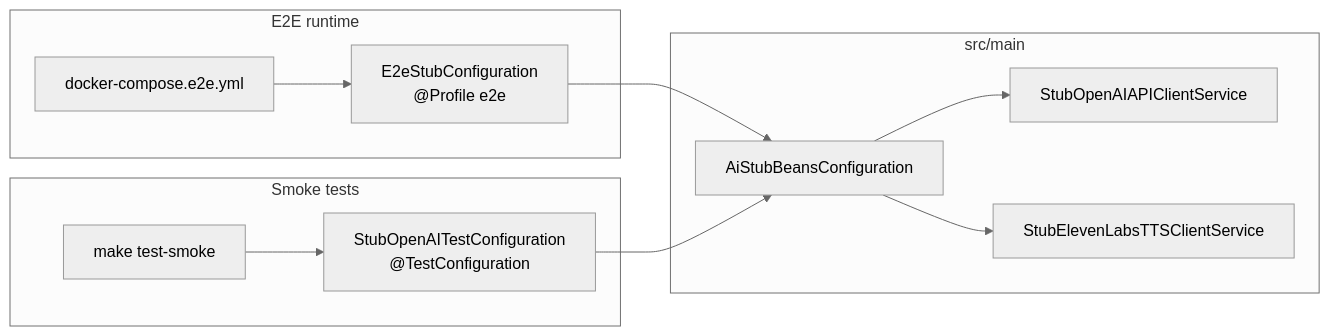
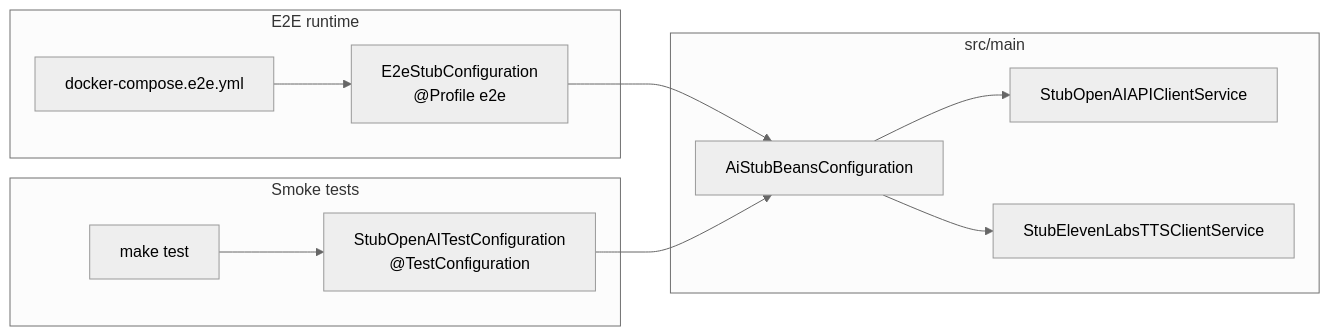
Before and after one commit to Kacper-Ksiazek/ord-api: the second of 2 diagrams in docs/e2e-runtime-profile.md, drawn with Mermaid (neutral theme). The commit also changed 8 other files, not shown here.

````diff
--- a/docs/e2e-runtime-profile.md
+++ b/docs/e2e-runtime-profile.md
@@ -66,24 +66,24 @@
 ```mermaid
 flowchart LR
   subgraph shared [src/main]
     AiStubCfg["AiStubBeansConfiguration"]
     StubOpenAI["StubOpenAIAPIClientService"]
     StubTts["StubElevenLabsTTSClientService"]
     AiStubCfg --> StubOpenAI
     AiStubCfg --> StubTts
   end
 
   subgraph e2ePath [E2E runtime]
     E2eCfg2["E2eStubConfiguration\n@Profile e2e"]
     Docker["docker-compose.e2e.yml"]
     Docker --> E2eCfg2
     E2eCfg2 --> AiStubCfg
   end
 
   subgraph testPath [Smoke tests]
     TestCfg["StubOpenAITestConfiguration\n@TestConfiguration"]
-    Maven["make test-smoke"]
+    Maven["make test"]
     Maven --> TestCfg
     TestCfg --> AiStubCfg
   end
 ```
````
